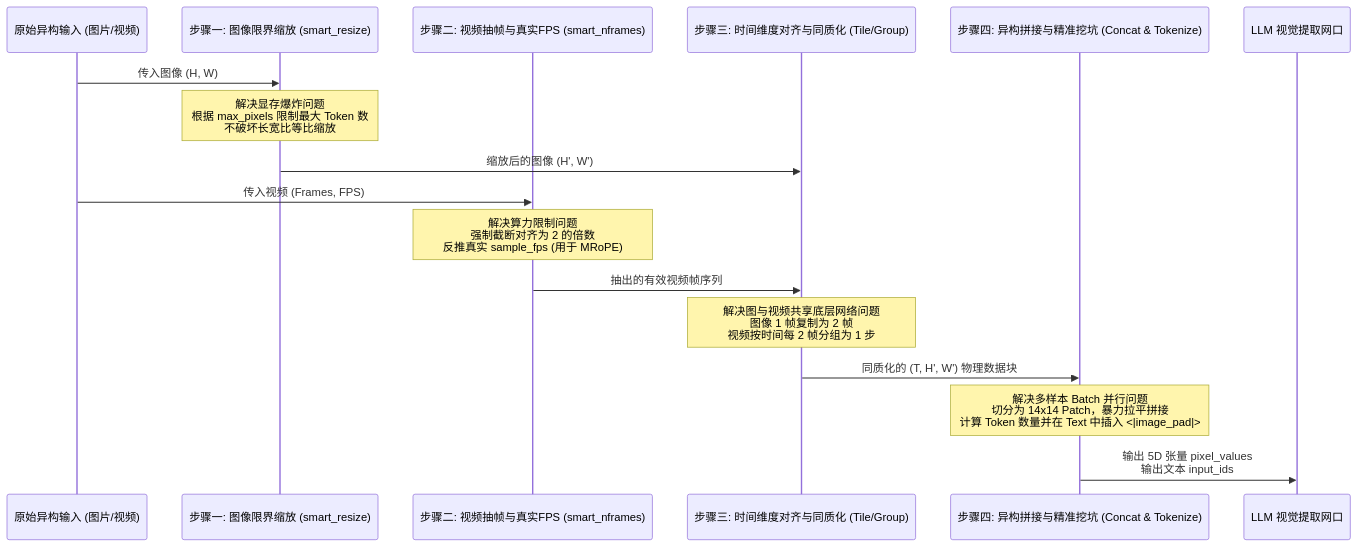
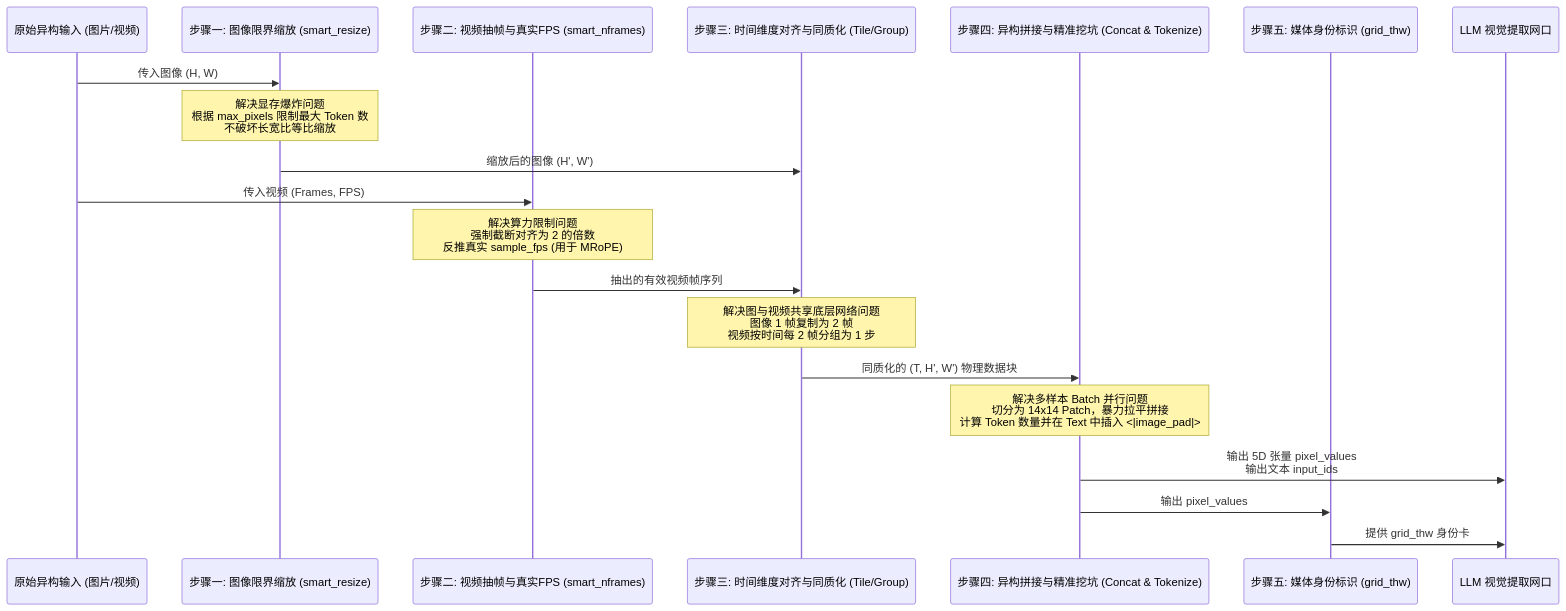
The diagram in wiki/concepts/qwen2.5_vl_预处理流水线.md (pokemonAndCodeMaster/llm_knowledge_base), drawn with Mermaid before and after one commit. The commit also changed other lines of this file and 26 other files, not shown here.

````diff
--- a/wiki/concepts/qwen2.5_vl_预处理流水线.md
+++ b/wiki/concepts/qwen2.5_vl_预处理流水线.md
@@ -20,23 +20,27 @@
 ```mermaid
 sequenceDiagram
     participant Raw as 原始异构输入 (图片/视频)
     participant Step1 as 步骤一: 图像限界缩放 (smart_resize)
     participant Step2 as 步骤二: 视频抽帧与真实FPS (smart_nframes)
     participant Step3 as 步骤三: 时间维度对齐与同质化 (Tile/Group)
     participant Step4 as 步骤四: 异构拼接与精准挖坑 (Concat & Tokenize)
+    participant Step5 as 步骤五: 媒体身份标识 (grid_thw)
     participant LLM as LLM 视觉提取网口
     
     Raw->>Step1: 传入图像 (H, W)
     Note over Step1: 解决显存爆炸问题<br/>根据 max_pixels 限制最大 Token 数<br/>不破坏长宽比等比缩放
     Step1->>Step3: 缩放后的图像 (H', W')
     
     Raw->>Step2: 传入视频 (Frames, FPS)
     Note over Step2: 解决算力限制问题<br/>强制截断对齐为 2 的倍数<br/>反推真实 sample_fps (用于 MRoPE)
     Step2->>Step3: 抽出的有效视频帧序列
     
     Note over Step3: 解决图与视频共享底层网络问题<br/>图像 1 帧复制为 2 帧<br/>视频按时间每 2 帧分组为 1 步
     Step3->>Step4: 同质化的 (T, H', W') 物理数据块
     
     Note over Step4: 解决多样本 Batch 并行问题<br/>切分为 14x14 Patch，暴力拉平拼接<br/>计算 Token 数量并在 Text 中插入 <|image_pad|>
     Step4->>LLM: 输出 5D 张量 pixel_values<br/>输出文本 input_ids
+
+    Step4->>Step5: 输出 pixel_values
+    Step5->>LLM: 提供 grid_thw 身份卡
 ```
````
